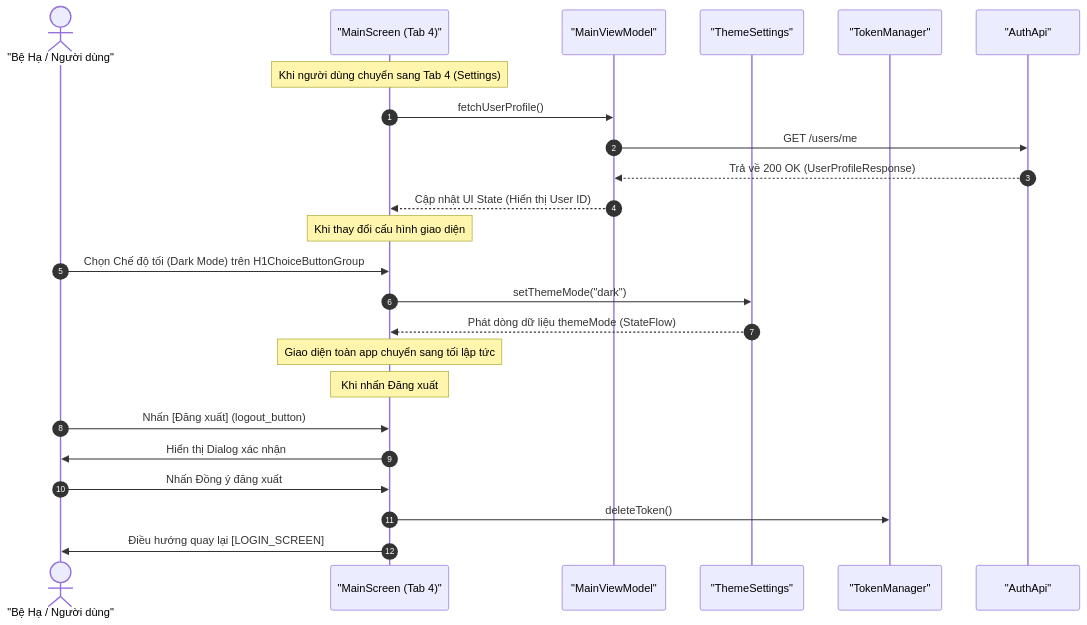
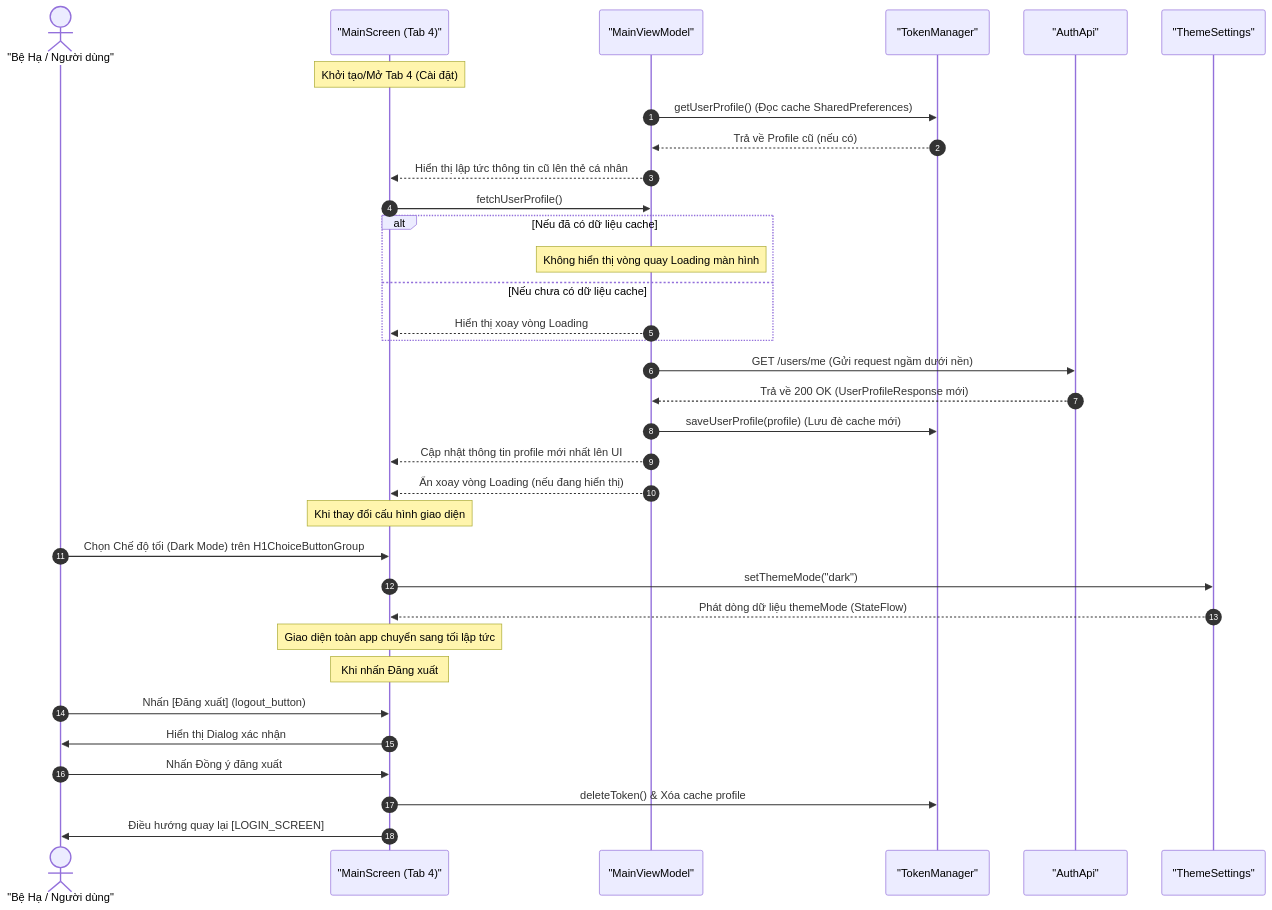
The diagram in wildlife-mobile/screen-plans/setting-screen-plan.md (trungnguyenthien/Wildlife-Warning-and-Deterrence-System), drawn with Mermaid before and after one commit. The commit also changed other lines of this file and 7 other files, not shown here.

Commit message:
feat: add profile caching to TokenManager and implement dark mode-aware color themes for UI components

````diff
--- a/wildlife-mobile/screen-plans/setting-screen-plan.md
+++ b/wildlife-mobile/screen-plans/setting-screen-plan.md
@@ -56,29 +56,41 @@
 ```mermaid
 sequenceDiagram
   autonumber
   actor User as "Bệ Hạ / Người dùng"
   participant View as "MainScreen (Tab 4)"
   participant VM as "MainViewModel"
-  participant TS as "ThemeSettings"
   participant TM as "TokenManager"
   participant API as "AuthApi"
+  participant TS as "ThemeSettings"
 
-  Note over View: Khi người dùng chuyển sang Tab 4 (Settings)
+  Note over View: Khởi tạo/Mở Tab 4 (Cài đặt)
+  VM->>TM: getUserProfile() (Đọc cache SharedPreferences)
+  TM-->>VM: Trả về Profile cũ (nếu có)
+  VM-->>View: Hiển thị lập tức thông tin cũ lên thẻ cá nhân
+
   View->>VM: fetchUserProfile()
-  VM->>API: GET /users/me
-  API-->>VM: Trả về 200 OK (UserProfileResponse)
-  VM-->>View: Cập nhật UI State (Hiển thị User ID)
+  alt Nếu đã có dữ liệu cache
+      Note over VM: Không hiển thị vòng quay Loading màn hình
+  else Nếu chưa có dữ liệu cache
+      VM-->>View: Hiển thị xoay vòng Loading
+  end
+
+  VM->>API: GET /users/me (Gửi request ngầm dưới nền)
+  API-->>VM: Trả về 200 OK (UserProfileResponse mới)
+  VM->>TM: saveUserProfile(profile) (Lưu đè cache mới)
+  VM-->>View: Cập nhật thông tin profile mới nhất lên UI
+  VM-->>View: Ẩn xoay vòng Loading (nếu đang hiển thị)
 
   Note over View: Khi thay đổi cấu hình giao diện
   User->>View: Chọn Chế độ tối (Dark Mode) trên H1ChoiceButtonGroup
   View->>TS: setThemeMode("dark")
   TS-->>View: Phát dòng dữ liệu themeMode (StateFlow)
   Note over View: Giao diện toàn app chuyển sang tối lập tức
 
   Note over View: Khi nhấn Đăng xuất
   User->>View: Nhấn [Đăng xuất] (logout_button)
   View->>User: Hiển thị Dialog xác nhận
   User->>View: Nhấn Đồng ý đăng xuất
-  View->>TM: deleteToken()
+  View->>TM: deleteToken() & Xóa cache profile
   View->>User: Điều hướng quay lại [LOGIN_SCREEN]
 ```
````
